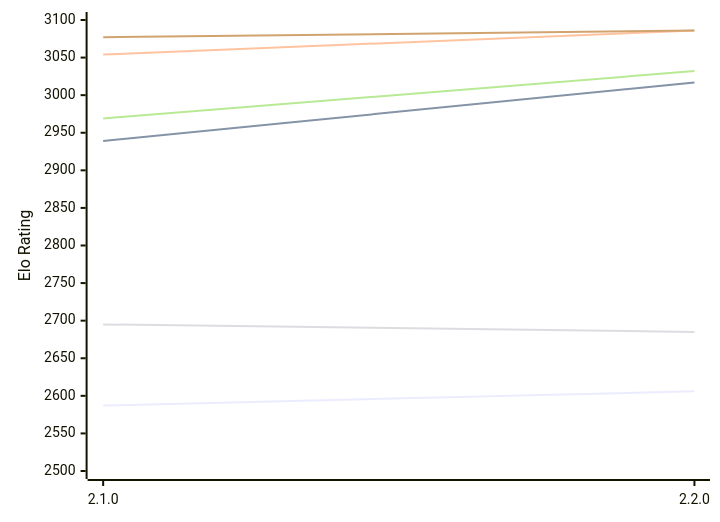
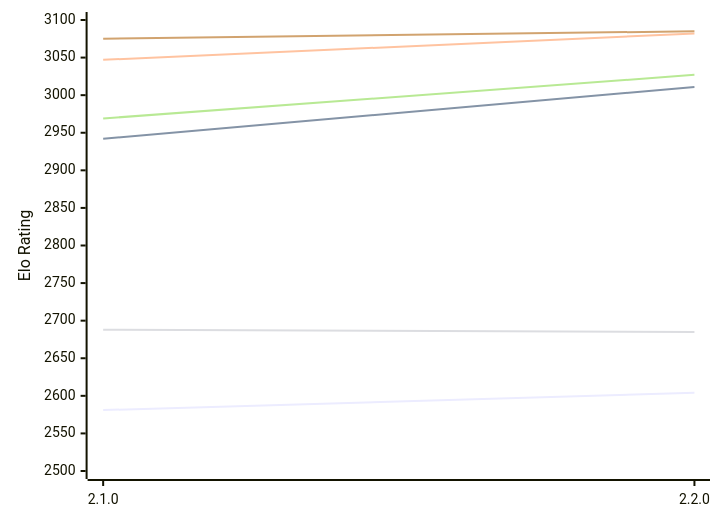
Before and after one commit to computer-chess-index/cci: the first of 2 diagrams in engines/Aspen.md, drawn with Mermaid. The commit also changed other lines of this file, not shown here.

Commit message:
Update CCI Ratings (ELO VLTC) - 2026-11-26

````diff
--- a/engines/Aspen.md
+++ b/engines/Aspen.md
@@ -52,12 +52,12 @@
 ```mermaid
 %%{init: {"theme":"base","themeVariables":{"seriesColors:['#a3a3a3','#222221','#faa371']}}}%%
 xychart-beta
   x-axis ["2.1.0", "2.2.0"]
   y-axis "Elo Rating" 2500 --> 3100
-  line "E1: STC (8.0+0.08s)" [2587, 2606]
-  line "E1: LTC (60.0+0.60s)" [2939, 3017]
-  line "E1: VLTC (2m24s+1.12s)" [3054, 3086]
-  line "P1: STC (8.0+0.08s)" [2695, 2685]
-  line "P1: LTC (60.0+0.60s)" [2969, 3032]
-  line "P1: VLTC (2m24s+1.12s)" [3077, 3086]
+  line "E1: STC (8.0+0.08s)" [2581, 2604]
+  line "E1: LTC (60.0+0.60s)" [2942, 3011]
+  line "E1: VLTC (2m24s+1.12s)" [3047, 3082]
+  line "P1: STC (8.0+0.08s)" [2688, 2685]
+  line "P1: LTC (60.0+0.60s)" [2969, 3027]
+  line "P1: VLTC (2m24s+1.12s)" [3075, 3085]
 ```
````
